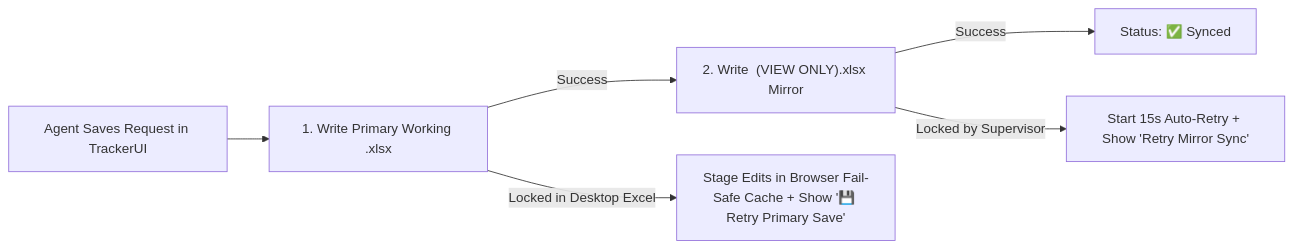
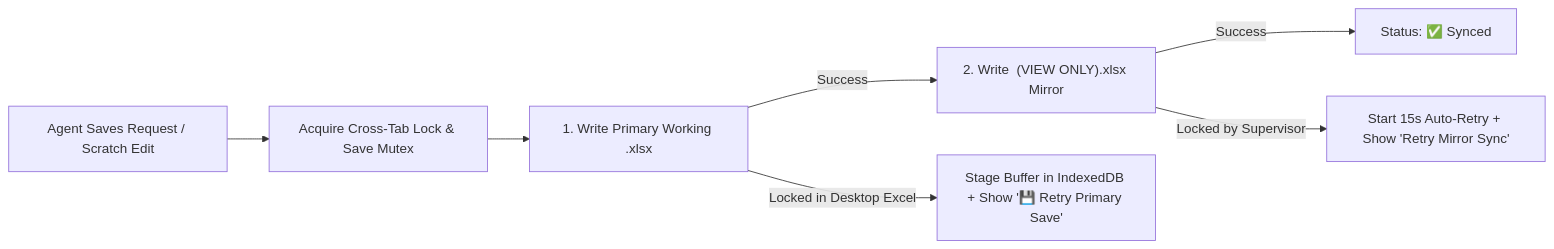
The diagram in USER_MANUAL.md (brasheer/TrackerUI), drawn with Mermaid before and after one commit. The commit also changed other lines of this file and 21 other files, not shown here.

````diff
--- a/USER_MANUAL.md
+++ b/USER_MANUAL.md
@@ -66,8 +66,9 @@
 ```mermaid
 flowchart LR
-  A["Agent Saves Request in TrackerUI"] --> B["1. Write Primary Working .xlsx"]
-  B -->|Success| C["2. Write <Workbook> (VIEW ONLY).xlsx Mirror"]
-  B -->|Locked in Desktop Excel| D["Stage Edits in Browser Fail-Safe Cache + Show '💾 Retry Primary Save'"]
-  C -->|Success| E["Status: ✅ Synced"]
-  C -->|Locked by Supervisor| F["Start 15s Auto-Retry + Show 'Retry Mirror Sync'"]
+  A["Agent Saves Request / Scratch Edit"] --> B["Acquire Cross-Tab Lock & Save Mutex"]
+  B --> C["1. Write Primary Working .xlsx"]
+  C -->|Success| D["2. Write <Workbook> (VIEW ONLY).xlsx Mirror"]
+  C -->|Locked in Desktop Excel| E["Stage Buffer in IndexedDB + Show '💾 Retry Primary Save'"]
+  D -->|Success| F["Status: ✅ Synced"]
+  D -->|Locked by Supervisor| G["Start 15s Auto-Retry + Show 'Retry Mirror Sync'"]
 ```
````
